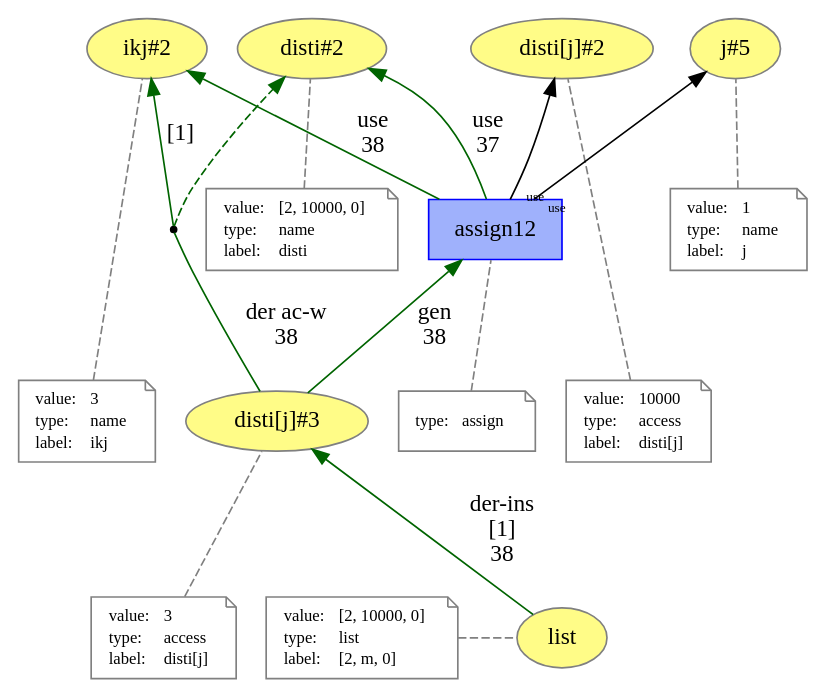
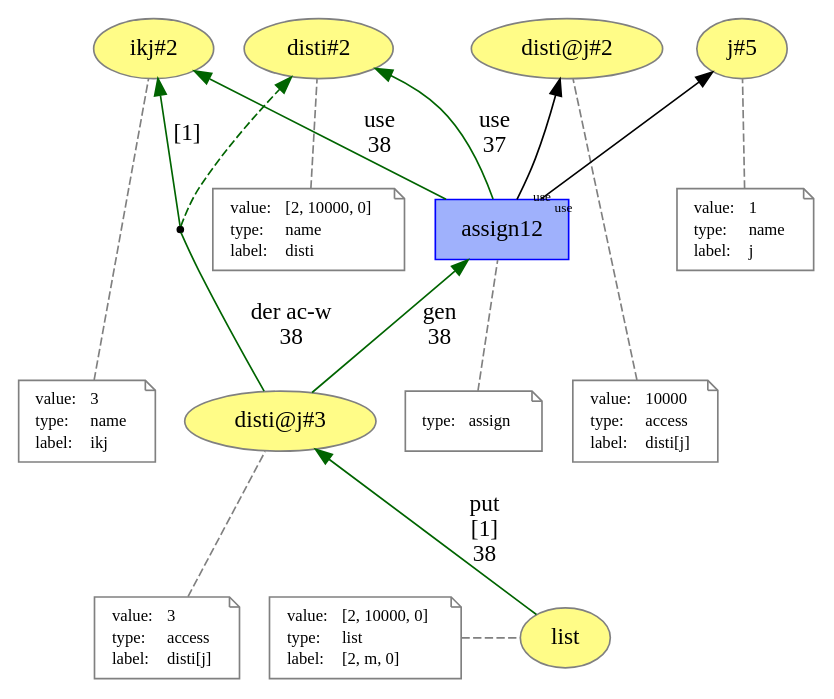
Before and after one commit to dew-uff/versioned-prov: the diagram in generated/paper/part.dot, drawn with Graphviz. The commit also changed 38 other files, not shown here.

```diff
--- a/generated/paper/part.dot
+++ b/generated/paper/part.dot
@@ -1,126 +1,126 @@
 digraph "PROV" { size="16,12"; rankdir="BT";
 "http://example.org/list" [fillcolor="#FFFC87",color="#808080",style="filled",label="list",URL="http://example.org/list"]
 "-attrs0" [color="gray",shape="note",fontsize="10",fontcolor="black",label=<<TABLE cellpadding="0" border="0">
 	<TR>
 	    <TD align="left">value:</TD>
 	    <TD align="left">[2, 10000, 0]</TD>
 	</TR>
 	<TR>
 	    <TD align="left">type:</TD>
 	    <TD align="left">list</TD>
 	</TR>
 	<TR>
 	    <TD align="left">label:</TD>
 	    <TD align="left">[2, m, 0]</TD>
 	</TR>
 </TABLE>>]
 "-attrs0" -> "http://example.org/list" [color="gray",style="dashed",arrowhead="none"]
 "http://example.org/disti#2" [fillcolor="#FFFC87",color="#808080",style="filled",label="disti#2",URL="http://example.org/disti#2"]
 "-attrs1" [color="gray",shape="note",fontsize="10",fontcolor="black",label=<<TABLE cellpadding="0" border="0">
 	<TR>
 	    <TD align="left">value:</TD>
 	    <TD align="left">[2, 10000, 0]</TD>
 	</TR>
 	<TR>
 	    <TD align="left">type:</TD>
 	    <TD align="left">name</TD>
 	</TR>
 	<TR>
 	    <TD align="left">label:</TD>
 	    <TD align="left">disti</TD>
 	</TR>
 </TABLE>>]
 "-attrs1" -> "http://example.org/disti#2" [color="gray",style="dashed",arrowhead="none"]
 "http://example.org/j#5" [fillcolor="#FFFC87",color="#808080",style="filled",label="j#5",URL="http://example.org/j#5"]
 "-attrs2" [color="gray",shape="note",fontsize="10",fontcolor="black",label=<<TABLE cellpadding="0" border="0">
 	<TR>
 	    <TD align="left">value:</TD>
 	    <TD align="left">1</TD>
 	</TR>
 	<TR>
 	    <TD align="left">type:</TD>
 	    <TD align="left">name</TD>
 	</TR>
 	<TR>
 	    <TD align="left">label:</TD>
 	    <TD align="left">j</TD>
 	</TR>
 </TABLE>>]
 "-attrs2" -> "http://example.org/j#5" [color="gray",style="dashed",arrowhead="none"]
 "http://example.org/ikj#2" [fillcolor="#FFFC87",color="#808080",style="filled",label="ikj#2",URL="http://example.org/ikj#2"]
 "-attrs3" [color="gray",shape="note",fontsize="10",fontcolor="black",label=<<TABLE cellpadding="0" border="0">
 	<TR>
 	    <TD align="left">value:</TD>
 	    <TD align="left">3</TD>
 	</TR>
 	<TR>
 	    <TD align="left">type:</TD>
 	    <TD align="left">name</TD>
 	</TR>
 	<TR>
 	    <TD align="left">label:</TD>
 	    <TD align="left">ikj</TD>
 	</TR>
 </TABLE>>]
 "-attrs3" -> "http://example.org/ikj#2" [color="gray",style="dashed",arrowhead="none"]
-"http://example.org/disti\[j\]#2" [fillcolor="#FFFC87",color="#808080",style="filled",label="disti\[j\]#2",URL="http://example.org/disti\[j\]#2"]
+"http://example.org/disti@j#2" [fillcolor="#FFFC87",color="#808080",style="filled",label="disti@j#2",URL="http://example.org/disti@j#2"]
 "-attrs4" [color="gray",shape="note",fontsize="10",fontcolor="black",label=<<TABLE cellpadding="0" border="0">
 	<TR>
 	    <TD align="left">value:</TD>
 	    <TD align="left">10000</TD>
 	</TR>
 	<TR>
 	    <TD align="left">type:</TD>
 	    <TD align="left">access</TD>
 	</TR>
 	<TR>
 	    <TD align="left">label:</TD>
 	    <TD align="left">disti[j]</TD>
 	</TR>
 </TABLE>>]
-"-attrs4" -> "http://example.org/disti\[j\]#2" [color="gray",style="dashed",arrowhead="none"]
-"http://example.org/disti\[j\]#3" [fillcolor="#FFFC87",color="#808080",style="filled",label="disti\[j\]#3",URL="http://example.org/disti\[j\]#3"]
+"-attrs4" -> "http://example.org/disti@j#2" [color="gray",style="dashed",arrowhead="none"]
+"http://example.org/disti@j#3" [fillcolor="#FFFC87",color="#808080",style="filled",label="disti@j#3",URL="http://example.org/disti@j#3"]
 "-attrs5" [color="gray",shape="note",fontsize="10",fontcolor="black",label=<<TABLE cellpadding="0" border="0">
 	<TR>
 	    <TD align="left">value:</TD>
 	    <TD align="left">3</TD>
 	</TR>
 	<TR>
 	    <TD align="left">type:</TD>
 	    <TD align="left">access</TD>
 	</TR>
 	<TR>
 	    <TD align="left">label:</TD>
 	    <TD align="left">disti[j]</TD>
 	</TR>
 </TABLE>>]
-"-attrs5" -> "http://example.org/disti\[j\]#3" [color="gray",style="dashed",arrowhead="none"]
+"-attrs5" -> "http://example.org/disti@j#3" [color="gray",style="dashed",arrowhead="none"]
 "http://example.org/assign12" [fillcolor="#9FB1FC",color="#0000FF",shape="polygon",sides="4",style="filled",label="assign12",URL="http://example.org/assign12"]
 "-attrs6" [color="gray",shape="note",fontsize="10",fontcolor="black",label=<<TABLE cellpadding="0" border="0">
 	<TR>
 	    <TD align="left">type:</TD>
 	    <TD align="left">assign</TD>
 	</TR>
 </TABLE>>]
 "-attrs6" -> "http://example.org/assign12" [color="gray",style="dashed",arrowhead="none"]
 "bn0" [shape="point",label=""]
-"http://example.org/disti\[j\]#3" -> "bn0" [labelfontsize="8",labeldistance="1.5",color="darkgreen",labelangle="60.0",rotation="20",label="der ac-w
+"http://example.org/disti@j#3" -> "bn0" [labelfontsize="8",labeldistance="1.5",color="darkgreen",labelangle="60.0",rotation="20",label="der ac-w
 38",arrowhead="none"]
 "bn0" -> "http://example.org/disti#2" [color="darkgreen",style="dashed"]
 "bn0" -> "http://example.org/ikj#2" [labelfontsize="8",labeldistance="1.5",color="darkgreen",labelangle="60.0",rotation="20",label="[1]"]
 "http://example.org/assign12" -> "http://example.org/j#5" [labelfontsize="8",labeldistance="1.5",labelangle="60.0",rotation="20",taillabel="use"]
 "http://example.org/assign12" -> "http://example.org/disti#2" [labelfontsize="8",labeldistance="1.5",color="darkgreen",labelangle="60.0",rotation="20",label="use
 37"]
-"http://example.org/list" -> "http://example.org/disti\[j\]#3" [labelfontsize="8",labeldistance="1.5",color="darkgreen",labelangle="60.0",rotation="20",label="der-ins
+"http://example.org/list" -> "http://example.org/disti@j#3" [labelfontsize="8",labeldistance="1.5",color="darkgreen",labelangle="60.0",rotation="20",label="put
 [1]
 38"]
-"http://example.org/assign12" -> "http://example.org/disti\[j\]#2" [labelfontsize="8",labeldistance="1.5",labelangle="60.0",rotation="20",taillabel="use"]
+"http://example.org/assign12" -> "http://example.org/disti@j#2" [labelfontsize="8",labeldistance="1.5",labelangle="60.0",rotation="20",taillabel="use"]
 
 {rank=same "http://example.org/list" "-attrs0"}
-{rank=same "http://example.org/disti\[j\]#3" "-attrs3" "-attrs4"}
+{rank=same "http://example.org/disti@j#3" "-attrs3" "-attrs4"}
      
 "http://example.org/assign12" -> "http://example.org/ikj#2" [labelfontsize="8",labeldistance="1.5",color="darkgreen",labelangle="60.0",rotation="20",label="use
 38"]
-"http://example.org/disti\[j\]#3" -> "http://example.org/assign12" [labelfontsize="8",labeldistance="1.5",color="darkgreen",labelangle="60.0",rotation="20",label="gen
+"http://example.org/disti@j#3" -> "http://example.org/assign12" [labelfontsize="8",labeldistance="1.5",color="darkgreen",labelangle="60.0",rotation="20",label="gen
 38"]
 }
```
